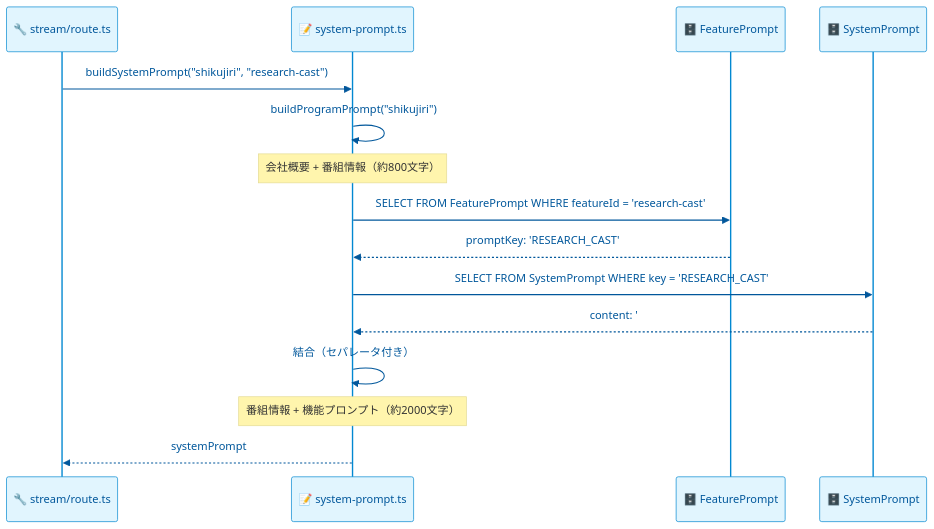
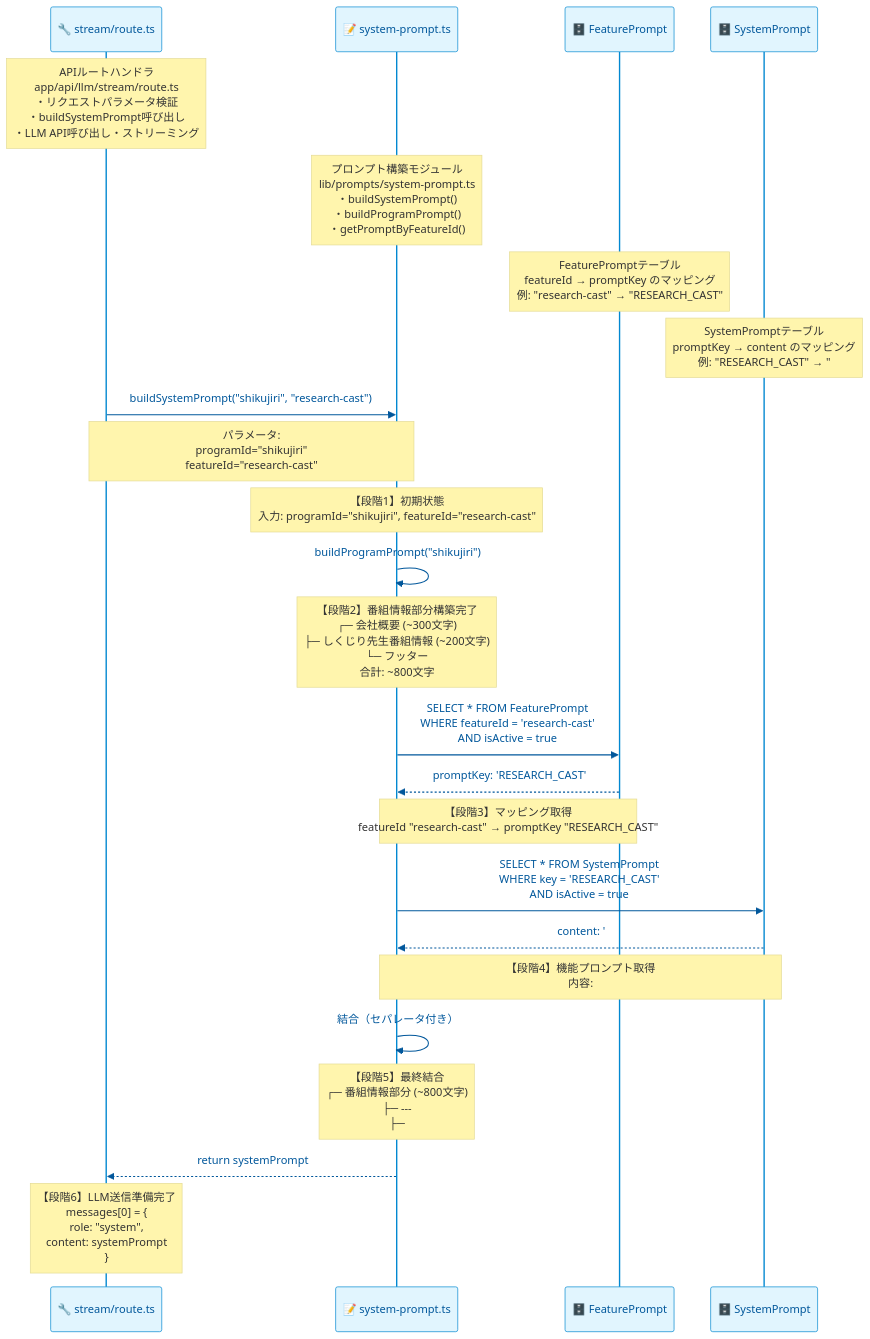
Before and after one commit to langcore-org/united-productions-web: the third of 7 diagrams in docs/specs/api-integration/system-prompt-generation.md, drawn with Mermaid. The commit also changed other lines of this file and 12 other files, not shown here.

````diff
--- a/docs/specs/api-integration/system-prompt-generation.md
+++ b/docs/specs/api-integration/system-prompt-generation.md
@@ -102,24 +109,35 @@
 ```mermaid
 %%{init: {'theme': 'base', 'themeVariables': { 'primaryColor': '#e1f5fe', 'primaryTextColor': '#01579b', 'primaryBorderColor': '#0288d1', 'lineColor': '#0288d1', 'secondaryColor': '#fff3e0', 'tertiaryColor': '#e8f5e9', 'actorBkgColor': '#e1f5fe', 'actorTextColor': '#01579b', 'actorLineColor': '#0288d1', 'background': '#fafafa'}}}%%
 sequenceDiagram
     participant API as 🔧 stream/route.ts
     participant SP as 📝 system-prompt.ts
     participant DB1 as 🗄️ FeaturePrompt
     participant DB2 as 🗄️ SystemPrompt
 
+    Note over API: APIルートハンドラ<br/>app/api/llm/stream/route.ts<br/>・リクエストパラメータ検証<br/>・buildSystemPrompt呼び出し<br/>・LLM API呼び出し・ストリーミング
+    Note over SP: プロンプト構築モジュール<br/>lib/prompts/system-prompt.ts<br/>・buildSystemPrompt()<br/>・buildProgramPrompt()<br/>・getPromptByFeatureId()
+    Note over DB1: FeaturePromptテーブル<br/>featureId → promptKey のマッピング<br/>例: "research-cast" → "RESEARCH_CAST"
+    Note over DB2: SystemPromptテーブル<br/>promptKey → content のマッピング<br/>例: "RESEARCH_CAST" → "## 出演者リサーチ..."
+
     API->>SP: buildSystemPrompt("shikujiri", "research-cast")
+    Note over API,SP: パラメータ:<br/>programId="shikujiri"<br/>featureId="research-cast"
+
+    Note over SP: 【段階1】初期状態<br/>入力: programId="shikujiri", featureId="research-cast"
 
     SP->>SP: buildProgramPrompt("shikujiri")
-    Note over SP: 会社概要 + 番組情報（約800文字）
+    Note over SP: 【段階2】番組情報部分構築完了<br/>┌─ 会社概要 (~300文字)<br/>├─ しくじり先生番組情報 (~200文字)<br/>└─ フッター<br/>合計: ~800文字
 
-    SP->>DB1: SELECT FROM FeaturePrompt WHERE featureId = 'research-cast'
+    SP->>DB1: SELECT * FROM FeaturePrompt<br/>WHERE featureId = 'research-cast'<br/>AND isActive = true
     DB1-->>SP: promptKey: 'RESEARCH_CAST'
+    Note over SP,DB1: 【段階3】マッピング取得<br/>featureId "research-cast" → promptKey "RESEARCH_CAST"
 
-    SP->>DB2: SELECT FROM SystemPrompt WHERE key = 'RESEARCH_CAST'
+    SP->>DB2: SELECT * FROM SystemPrompt<br/>WHERE key = 'RESEARCH_CAST'<br/>AND isActive = true
     DB2-->>SP: content: '## 出演者リサーチ...'
+    Note over SP,DB2: 【段階4】機能プロンプト取得<br/>内容: ## 出演者リサーチ<br/>ツール使用指示等 (~1200文字)
 
     SP->>SP: 結合（セパレータ付き）
-    Note over SP: 番組情報 + 機能プロンプト（約2000文字）
+    Note over SP: 【段階5】最終結合<br/>┌─ 番組情報部分 (~800文字)<br/>├─ ---<br/>├─ ## 機能固有の指示<br/>└─ 機能プロンプト (~1200文字)<br/>合計: ~2000文字
 
-    SP-->>API: systemPrompt
+    SP-->>API: return systemPrompt
+    Note over API: 【段階6】LLM送信準備完了<br/>messages[0] = {<br/>  role: "system",<br/>  content: systemPrompt<br/>}
 ```
````
